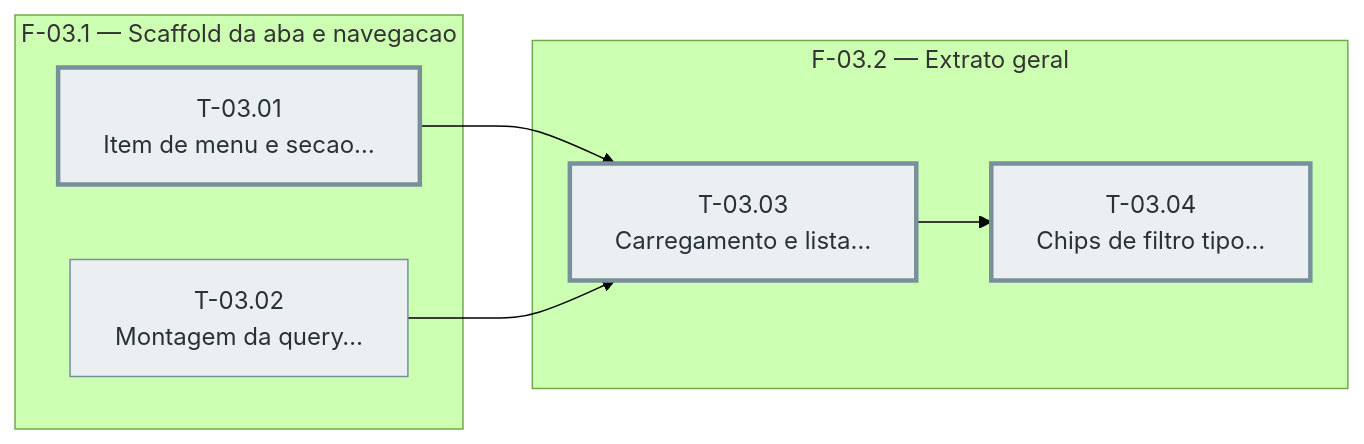
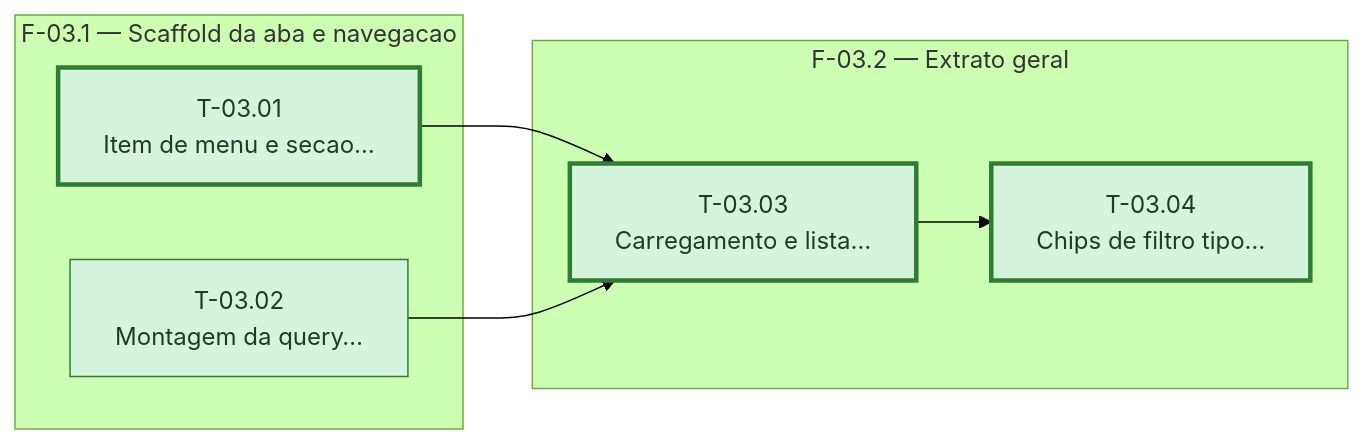
The diagram in docs/sprintx/features/extrato-geral-estoque/sprint-03/fases.md (nymbuslab/bot-restaurante), drawn with Mermaid (forest theme) before and after one commit. The commit also changed other lines of this file and 23 other files, not shown here.

````diff
--- a/docs/sprintx/features/extrato-geral-estoque/sprint-03/fases.md
+++ b/docs/sprintx/features/extrato-geral-estoque/sprint-03/fases.md
@@ -25,28 +25,28 @@
 ```mermaid
 %% Grafo de tasks — sprint-03 — gerado pela sprintx a partir de tasks.md
 flowchart LR
   subgraph fase_03_1["F-03.1 — Scaffold da aba e navegacao"]
     T_03_01["T-03.01<br/>Item de menu e secao…"]
     T_03_02["T-03.02<br/>Montagem da query…"]
   end
   subgraph fase_03_2["F-03.2 — Extrato geral"]
     T_03_03["T-03.03<br/>Carregamento e lista…"]
     T_03_04["T-03.04<br/>Chips de filtro tipo…"]
   end
 
   T_03_01 --> T_03_03
   T_03_02 --> T_03_03
   T_03_03 --> T_03_04
 
   classDef concluida fill:#d4f4dd,stroke:#2e7d32,color:#1b3d20
   classDef andamento fill:#fff3cd,stroke:#b8860b,color:#4a3800
   classDef bloqueada fill:#f8d7da,stroke:#c62828,color:#4a1d1f
   classDef pendente  fill:#eceff1,stroke:#78909c,color:#263238
   classDef critico   stroke-width:3px
 
-  class T_03_01 pendente
-  class T_03_02 pendente
-  class T_03_03 pendente
-  class T_03_04 pendente
+  class T_03_01 concluida
+  class T_03_02 concluida
+  class T_03_03 concluida
+  class T_03_04 concluida
   class T_03_01,T_03_03,T_03_04 critico
 ```
````
